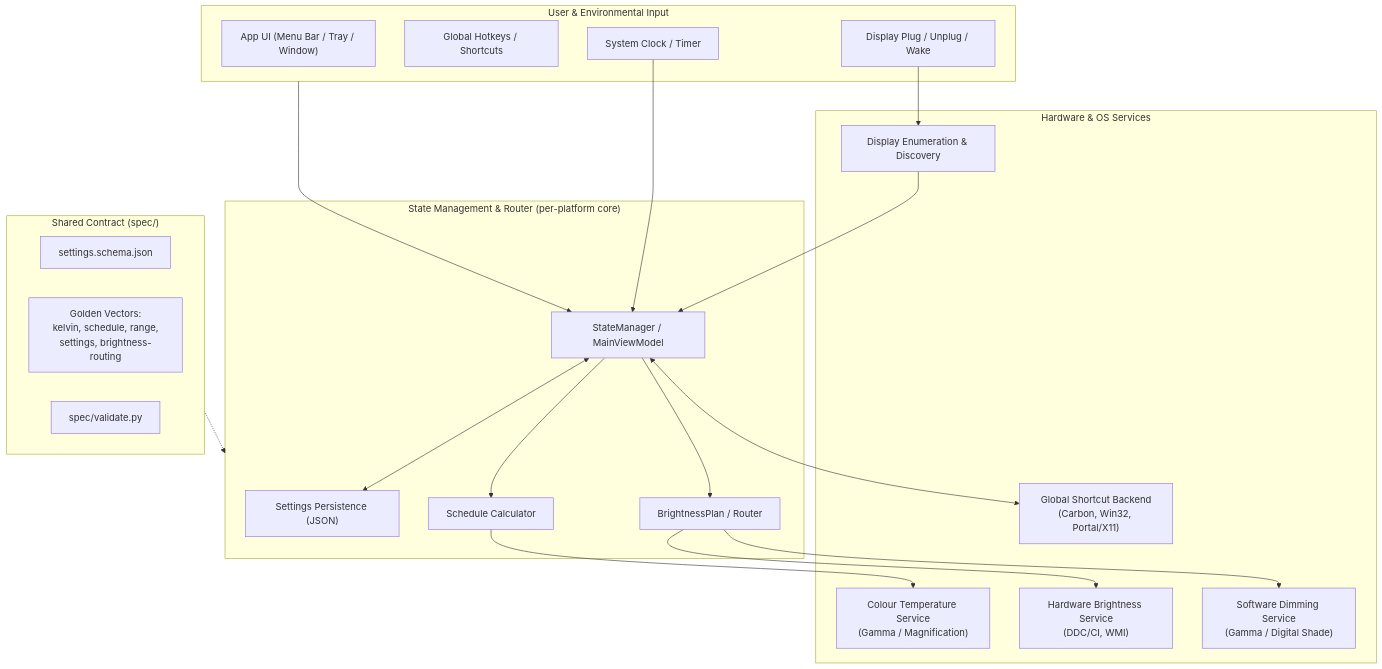
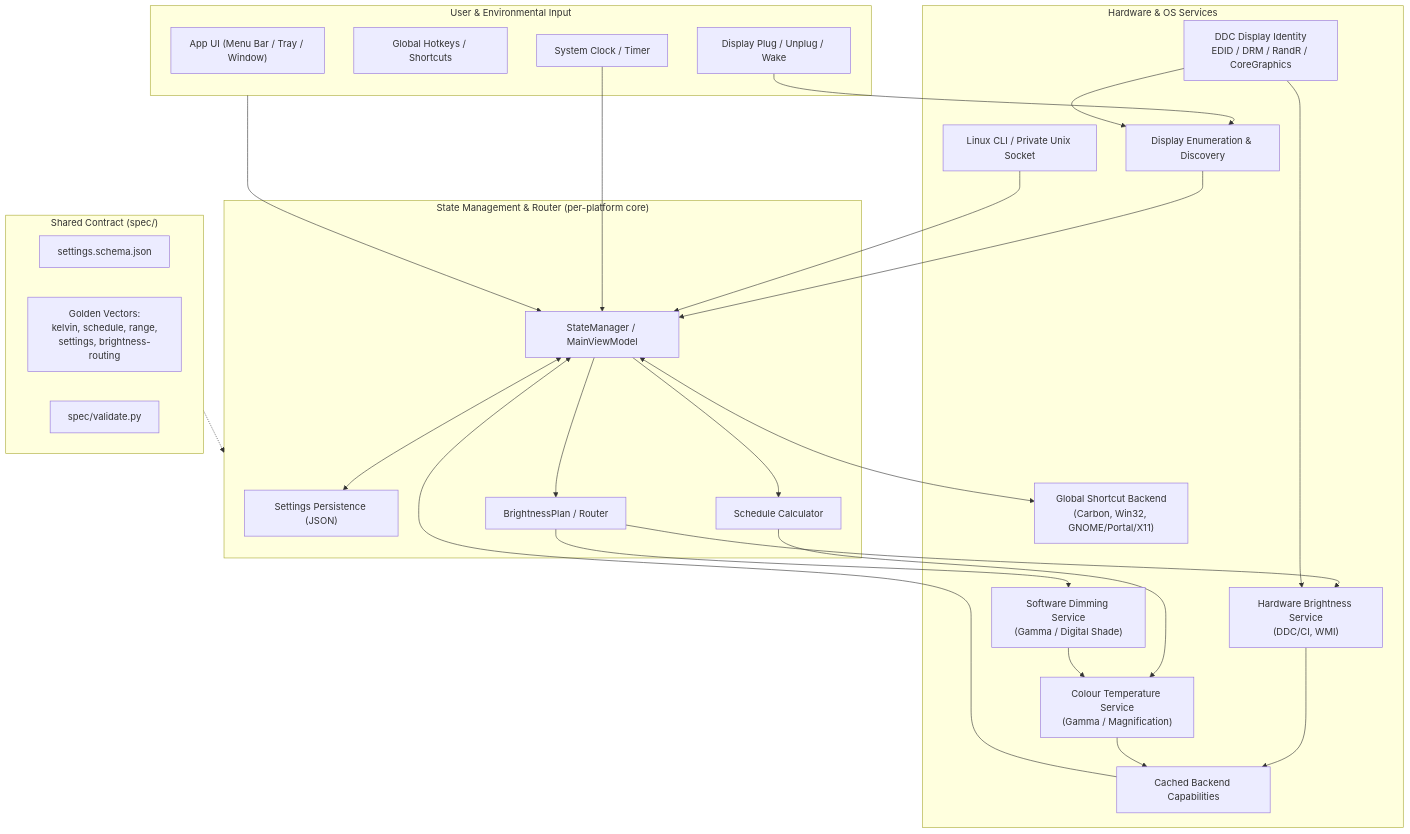
The first of 2 diagrams in system.md (prompt-smithy/moonglow), drawn with Mermaid before and after one commit. The commit also changed other lines of this file and 54 other files, not shown here.

````diff
--- a/system.md
+++ b/system.md
@@ -11,47 +11,57 @@
 ```mermaid
 flowchart TD
     subgraph SpecContract["Shared Contract (spec/)"]
         Schema["settings.schema.json"]
         Vectors["Golden Vectors:\nkelvin, schedule, range,\nsettings, brightness-routing"]
         Validator["spec/validate.py"]
     end
 
     subgraph UserInput["User & Environmental Input"]
         UI["App UI (Menu Bar / Tray / Window)"]
         Hotkeys["Global Hotkeys / Shortcuts"]
         Clock["System Clock / Timer"]
         DisplayEvents["Display Plug / Unplug / Wake"]
     end
 
     subgraph StateLayer["State Management & Router (per-platform core)"]
         SettingsStore["Settings Persistence (JSON)"]
         StateManager["StateManager / MainViewModel"]
         ScheduleCalc["Schedule Calculator"]
         BrightnessRouter["BrightnessPlan / Router"]
     end
 
     subgraph Services["Hardware & OS Services"]
         ColorService["Colour Temperature Service\n(Gamma / Magnification)"]
         HwBrightness["Hardware Brightness Service\n(DDC/CI, WMI)"]
         SwBrightness["Software Dimming Service\n(Gamma / Digital Shade)"]
         DisplayService["Display Enumeration & Discovery"]
-        ShortcutService["Global Shortcut Backend\n(Carbon, Win32, Portal/X11)"]
+        ShortcutService["Global Shortcut Backend\n(Carbon, Win32, GNOME/Portal/X11)"]
+        Capability["Cached Backend Capabilities"]
+        Identity["DDC Display Identity\nEDID / DRM / RandR / CoreGraphics"]
+        IPC["Linux CLI / Private Unix Socket"]
     end
 
     UserInput --> StateManager
     SpecContract -.-> StateLayer
 
     StateManager <--> SettingsStore
     Clock --> StateManager
     DisplayEvents --> DisplayService
     DisplayService --> StateManager
 
     StateManager --> ScheduleCalc
     StateManager --> BrightnessRouter
 
     ScheduleCalc --> ColorService
     BrightnessRouter --> HwBrightness
     BrightnessRouter --> SwBrightness
 
     StateManager <--> ShortcutService
+    IPC --> StateManager
+    HwBrightness --> Capability
+    ColorService --> Capability
+    Capability --> StateManager
+    Identity --> DisplayService
+    Identity --> HwBrightness
+    SwBrightness --> ColorService
 ```
````
